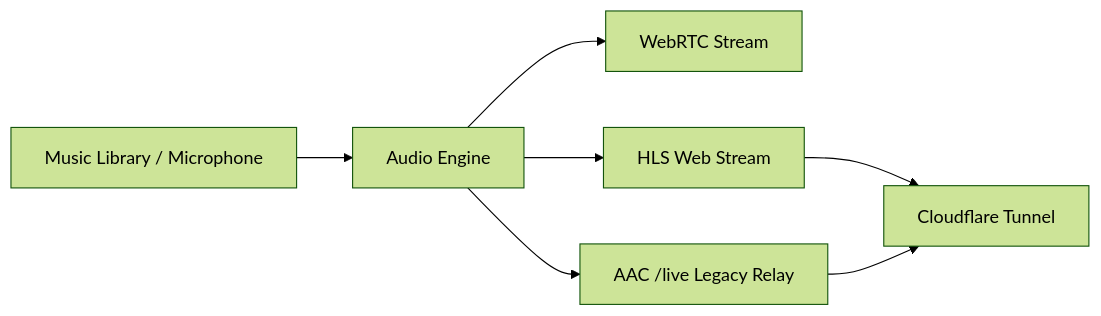
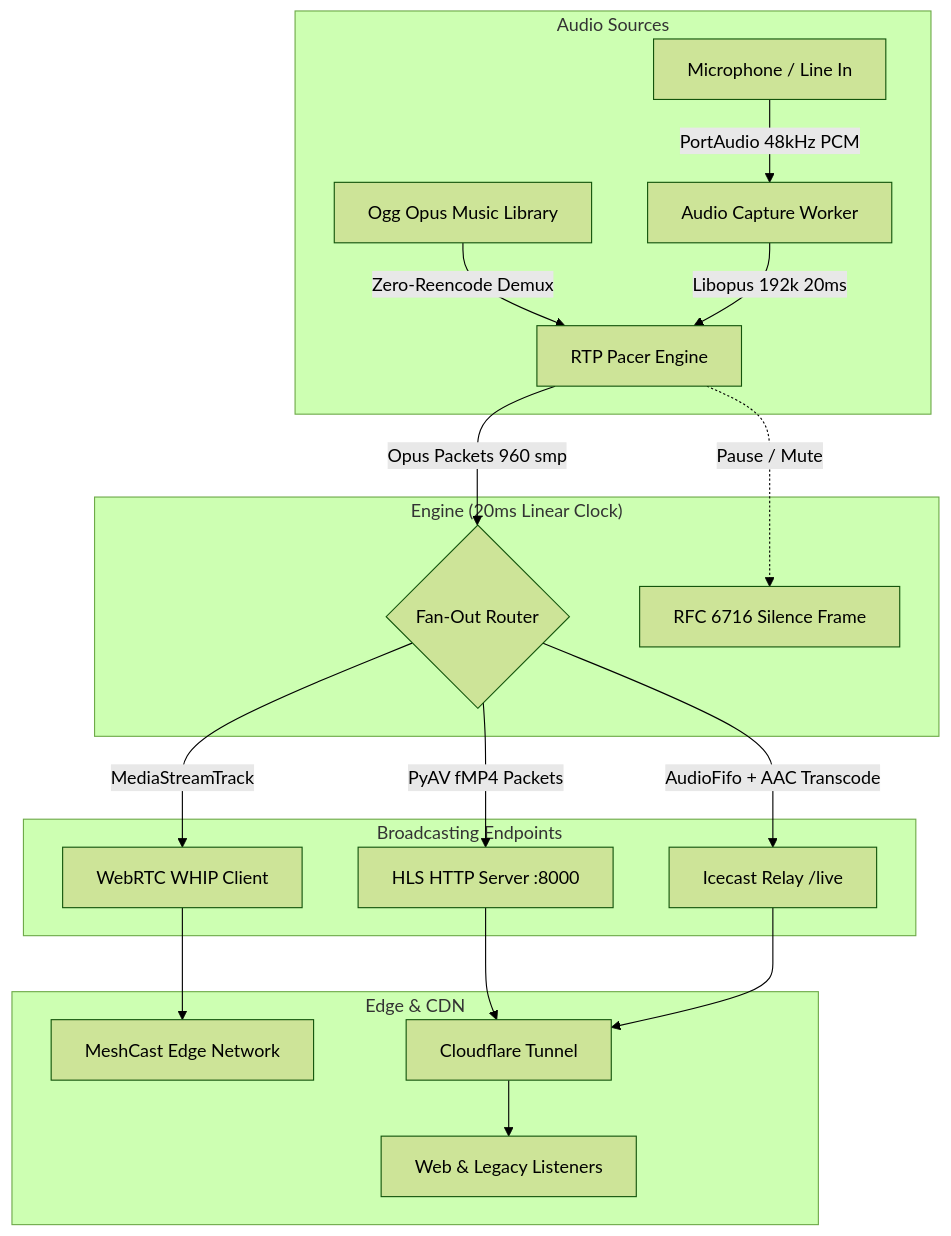
One commit to rahulbhatara/lsnn-radio changed the diagram in README.md. Above: the diagram before and after it, drawn with Mermaid (forest theme). The commit also changed other lines of this file, not shown here.

Commit message:
docs: update README with comprehensive features and architecture

````diff
--- a/README.md
+++ b/README.md
@@ -22,9 +9,26 @@
 ```mermaid
-flowchart LR
-    A[Music Library / Microphone] --> B[Audio Engine]
-    B --> C[WebRTC Stream]
-    B --> D[HLS Web Stream]
-    B --> E[AAC /live Legacy Relay]
-    D --> F[Cloudflare Tunnel]
-    E --> F
+flowchart TD
+    subgraph Sources ["Audio Sources"]
+        A1[Ogg Opus Music Library] -->|Zero-Reencode Demux| P[RTP Pacer Engine]
+        A2[Microphone / Line In] -->|PortAudio 48kHz PCM| C[Audio Capture Worker]
+        C -->|Libopus 192k 20ms| P
+    end
+
+    subgraph Core ["Engine (20ms Linear Clock)"]
+        P -->|Opus Packets 960 smp| F{Fan-Out Router}
+        P -.->|Pause / Mute| S[RFC 6716 Silence Frame]
+    end
+
+    subgraph Outputs ["Broadcasting Endpoints"]
+        F -->|MediaStreamTrack| W[WebRTC WHIP Client]
+        F -->|PyAV fMP4 Packets| H[HLS HTTP Server :8000]
+        F -->|AudioFifo + AAC Transcode| I[Icecast Relay /live]
+    end
+
+    subgraph Distribution ["Edge & CDN"]
+        W --> M[MeshCast Edge Network]
+        H --> T[Cloudflare Tunnel]
+        I --> T
+        T --> B[Web & Legacy Listeners]
+    end
 ```
````
